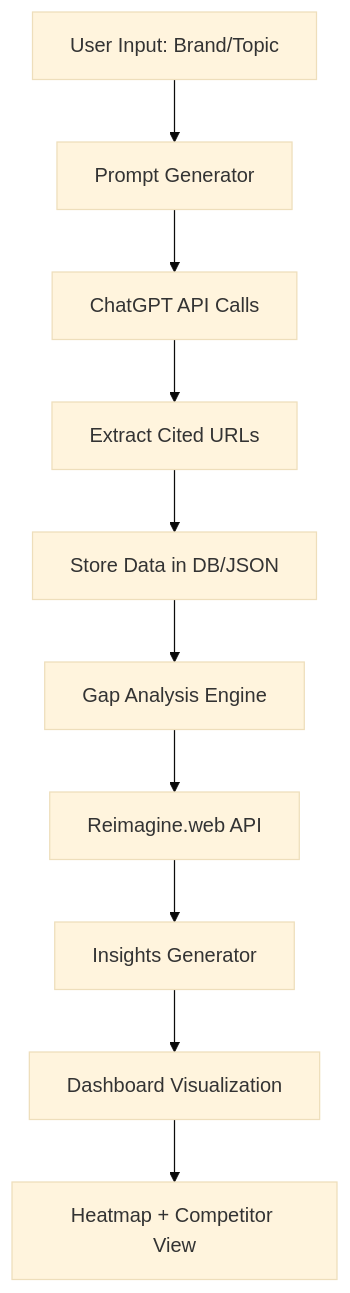
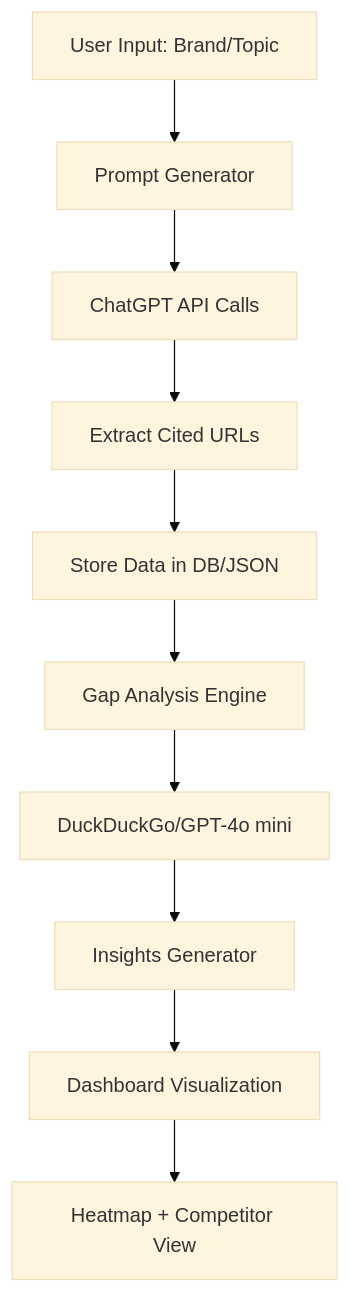
The diagram in README.md (SanaAdeelKhan/geo-gap-compass), drawn with Mermaid (base theme) before and after one commit. The commit also changed other lines of this file and 5 other files, not shown here.

````diff
--- a/README.md
+++ b/README.md
@@ -99,23 +91,23 @@
 ```mermaid
 
 flowchart TD
 
     A[User Input: Brand/Topic] --> B[Prompt Generator]
 
     B --> C[ChatGPT API Calls]
 
     C --> D[Extract Cited URLs]
 
     D --> E[Store Data in DB/JSON]
 
     E --> F[Gap Analysis Engine]
 
-    F --> G[Reimagine.web API]
+    F --> G[DuckDuckGo/GPT-4o mini]
 
     G --> H[Insights Generator]
 
     H --> I[Dashboard Visualization]
 
     I --> J[Heatmap + Competitor View]
 
 ```
````
